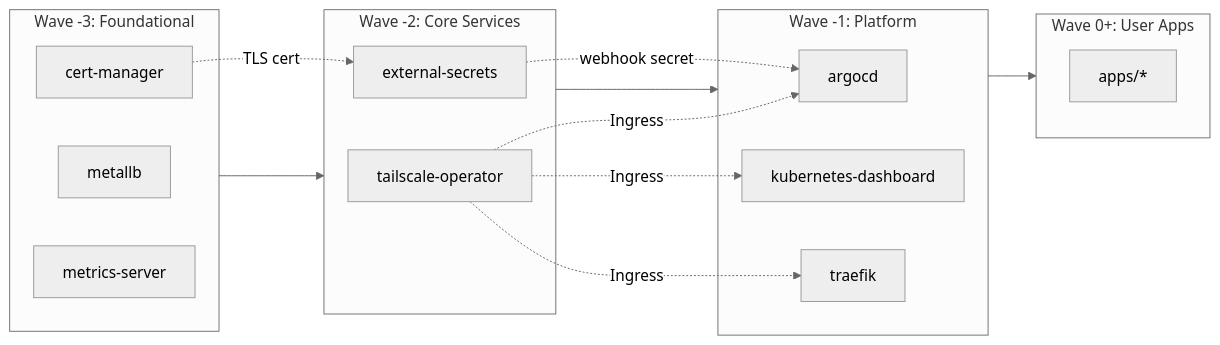
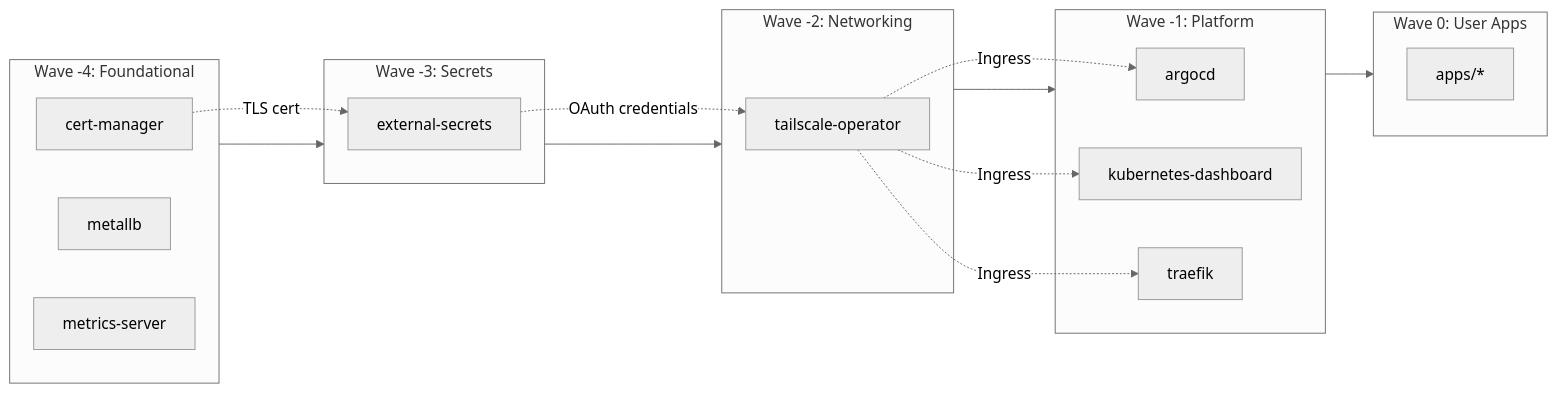
One commit to bafulton/homelab changed the diagram in kubernetes/README.md. Above: the diagram before and after it, drawn with Mermaid (neutral theme). The commit also changed other lines of this file and 7 other files, not shown here.

First line of the commit message:
Move Tailscale OAuth credentials to Bitwarden Secrets Manager

````diff
--- a/kubernetes/README.md
+++ b/kubernetes/README.md
@@ -28,30 +28,33 @@
 ```mermaid
 flowchart LR
-    subgraph wave3[Wave -3: Foundational]
+    subgraph wave4[Wave -4: Foundational]
         cm[cert-manager]
         mlb[metallb]
         ms[metrics-server]
     end
 
-    subgraph wave2[Wave -2: Core Services]
+    subgraph wave3[Wave -3: Secrets]
         es[external-secrets]
+    end
+
+    subgraph wave2[Wave -2: Networking]
         ts[tailscale-operator]
     end
 
     subgraph wave1[Wave -1: Platform]
         argo[argocd]
         kd[kubernetes-dashboard]
         tf[traefik]
     end
 
-    subgraph wave0[Wave 0+: User Apps]
+    subgraph wave0[Wave 0: User Apps]
         apps[apps/*]
     end
 
-    wave3 --> wave2 --> wave1 --> wave0
+    wave4 --> wave3 --> wave2 --> wave1 --> wave0
     cm -.->|TLS cert| es
-    es -.->|webhook secret| argo
+    es -.->|OAuth credentials| ts
     ts -.->|Ingress| argo
     ts -.->|Ingress| kd
     ts -.->|Ingress| tf
 ```
````
